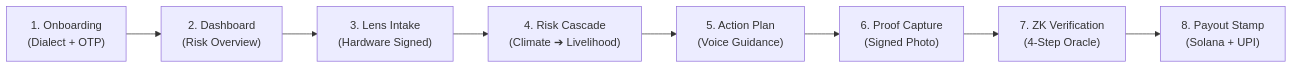
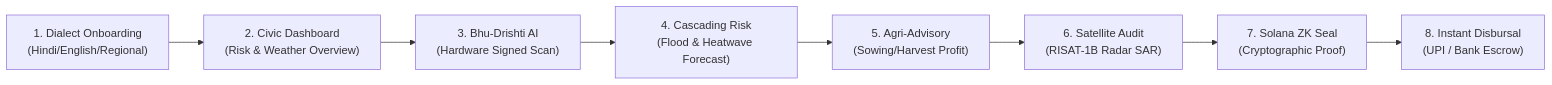
One commit to Ayushnot41/AetherWave changed the diagram in README.md. Above: the diagram before and after it, drawn with Mermaid. The commit also changed other lines of this file and 38 other files, not shown here.

Commit message:
feat(3d): integrate defense-grade 3D WebGL engines, Bhu-Drishti AI scanner, live weather hazard engine, and Solana ZK vault

````diff
--- a/README.md
+++ b/README.md
@@ -101,10 +197,10 @@
 ```mermaid
 flowchart LR
-    A["1. Onboarding<br/>(Dialect + OTP)"] --> B["2. Dashboard<br/>(Risk Overview)"]
-    B --> C["3. Lens Intake<br/>(Hardware Signed)"]
-    C --> D["4. Risk Cascade<br/>(Climate ➔ Livelihood)"]
-    D --> E["5. Action Plan<br/>(Voice Guidance)"]
-    E --> F["6. Proof Capture<br/>(Signed Photo)"]
-    F --> G["7. ZK Verification<br/>(4-Step Oracle)"]
-    G --> H["8. Payout Stamp<br/>(Solana + UPI)"]
+    A["1. Dialect Onboarding<br/>(Hindi/English/Regional)"] --> B["2. Civic Dashboard<br/>(Risk & Weather Overview)"]
+    B --> C["3. Bhu-Drishti AI<br/>(Hardware Signed Scan)"]
+    C --> D["4. Cascading Risk<br/>(Flood & Heatwave Forecast)"]
+    D --> E["5. Agri-Advisory<br/>(Sowing/Harvest Profit)"]
+    E --> F["6. Satellite Audit<br/>(RISAT-1B Radar SAR)"]
+    F --> G["7. Solana ZK Seal<br/>(Cryptographic Proof)"]
+    G --> H["8. Instant Disbursal<br/>(UPI / Bank Escrow)"]
 ```
````
